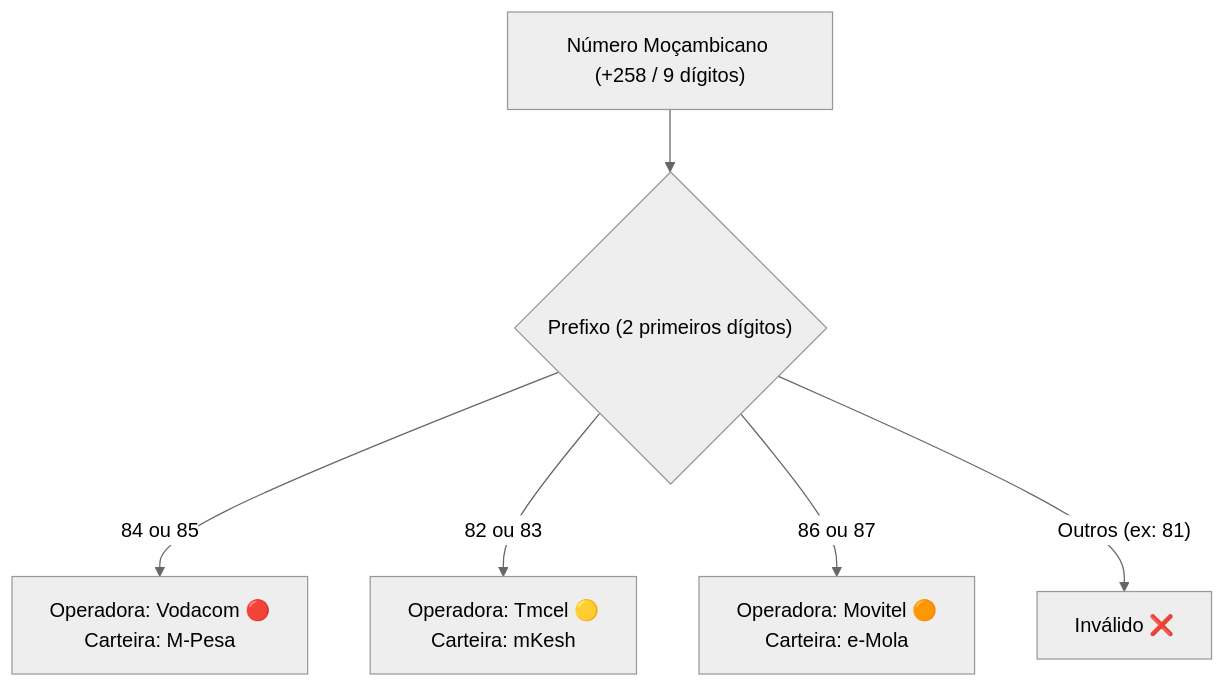
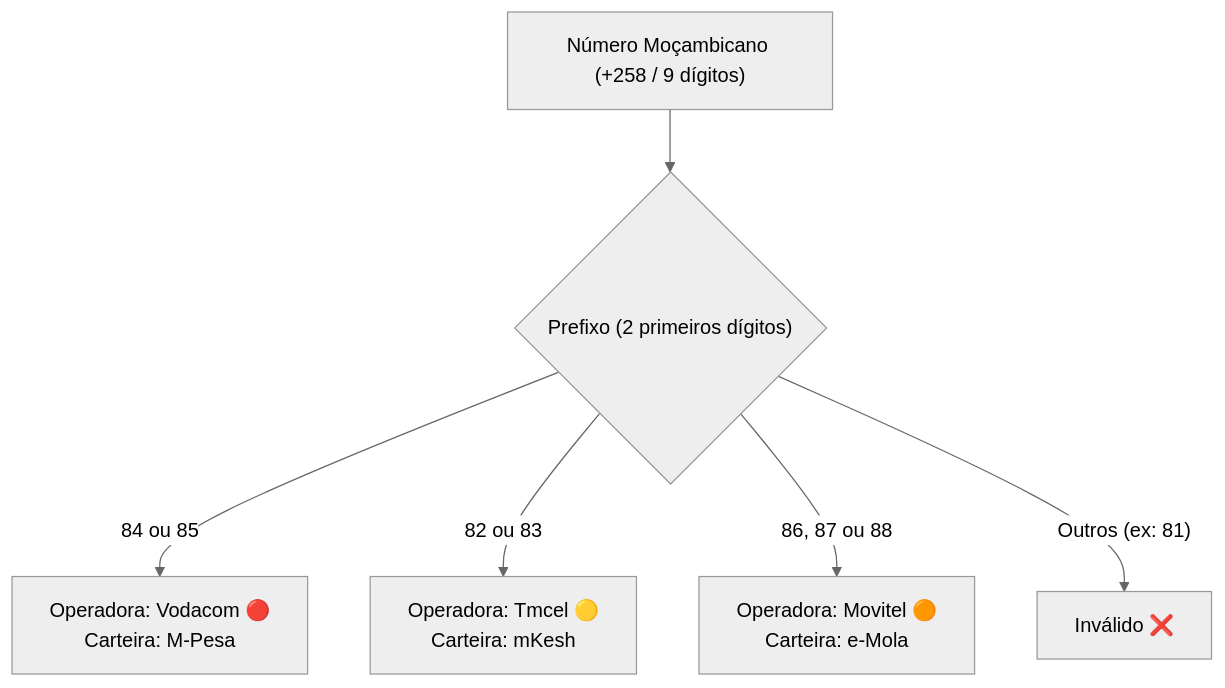
One commit to iradoweck/moz-utils changed the diagram in website/public/docs/phones.pt.md. Above: the diagram before and after it, drawn with Mermaid (neutral theme). The commit also changed 1 other file, not shown here.

Commit message:
docs: add documentation for phone validation and utilities in English and Portuguese

````diff
--- a/website/public/docs/phones.pt.md
+++ b/website/public/docs/phones.pt.md
@@ -11,8 +11,8 @@
 ```mermaid
 flowchart TD
     Phone["Número Moçambicano (+258 / 9 dígitos)"] --> CheckPrefix{"Prefixo (2 primeiros dígitos)"}
     CheckPrefix -- "84 ou 85" --> Vodacom["Operadora: Vodacom 🔴<br/>Carteira: M-Pesa"]
     CheckPrefix -- "82 ou 83" --> Tmcel["Operadora: Tmcel 🟡<br/>Carteira: mKesh"]
-    CheckPrefix -- "86 ou 87" --> Movitel["Operadora: Movitel 🟠<br/>Carteira: e-Mola"]
+    CheckPrefix -- "86, 87 ou 88" --> Movitel["Operadora: Movitel 🟠<br/>Carteira: e-Mola"]
     CheckPrefix -- "Outros (ex: 81)" --> Invalid["Inválido ❌"]
 ```
````
